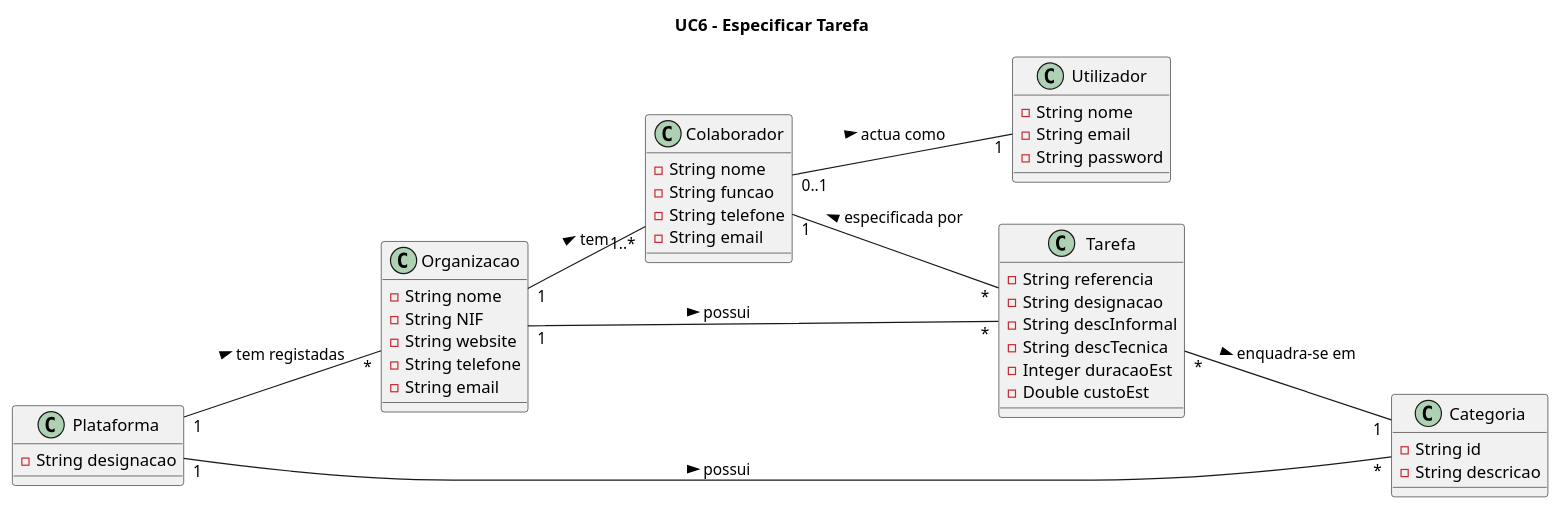
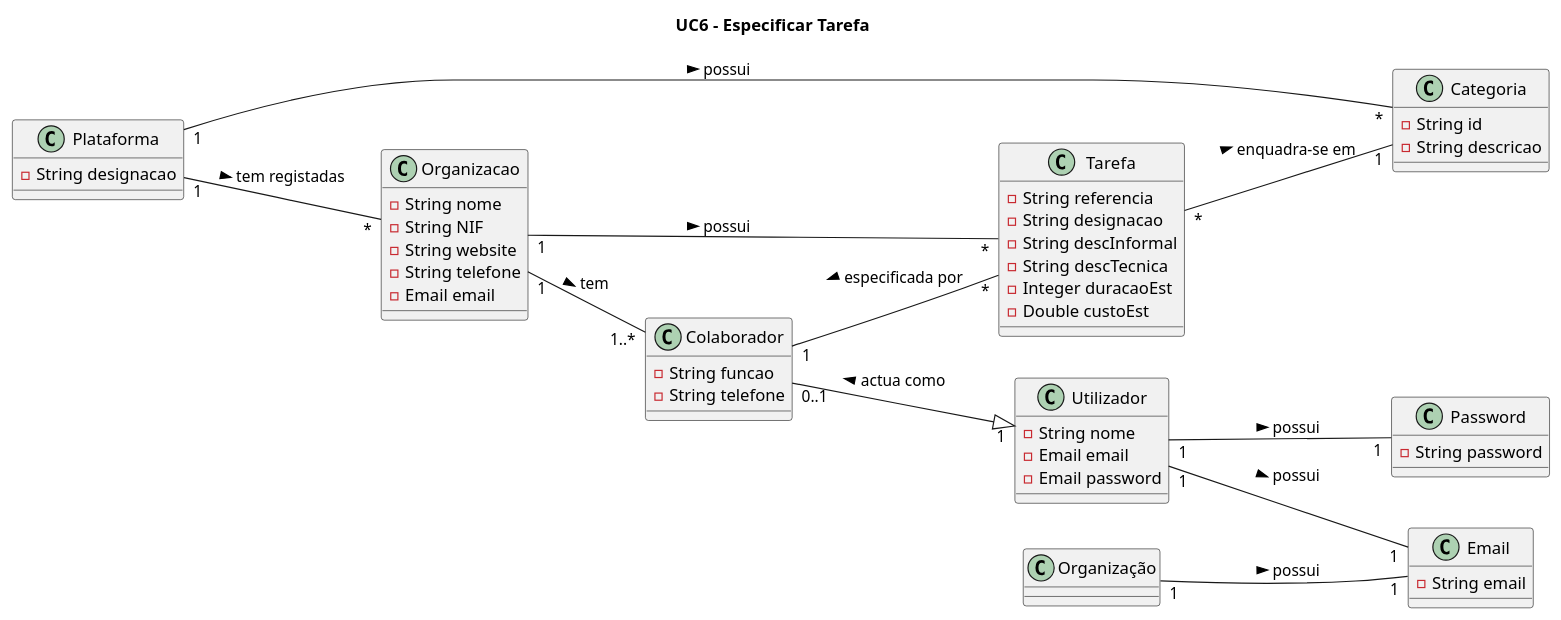
One commit to blestonbandeiraUPSKILL/upskill_java1_labprg_grupo2 changed the diagram in Sprint 2/UC06_Especificar_Tarefa/UC06_Especificar_Tarefa_Modelo_Dominio.puml. Above: the diagram before and after it, drawn with PlantUML. The commit also changed 11 other files, not shown here.

```diff
--- a/Sprint 2/UC06_Especificar_Tarefa/UC06_Especificar_Tarefa_Modelo_Dominio.puml
+++ b/Sprint 2/UC06_Especificar_Tarefa/UC06_Especificar_Tarefa_Modelo_Dominio.puml
@@ -1,54 +1,63 @@
 @startuml
 
 title UC6 - Especificar Tarefa
 left to right direction
 
 class Plataforma {
     -String designacao
 }
 
 class Organizacao {
     -String nome
     -String NIF
     -String website
     -String telefone
-    -String email
+    -Email email
 }
 
 class Colaborador {
-    -String nome
     -String funcao
     -String telefone
-    -String email
 }
 
 class Tarefa {
     -String referencia
     -String designacao
     -String descInformal
     -String descTecnica
     -Integer duracaoEst
     -Double custoEst
 }
 
 class Utilizador {
     -String nome
+    -Email email
+    -Email password
+}
+
+class Email {
     -String email
+}
+
+class Password {
     -String password
 }
 
 class Categoria {
     -String id
     -String descricao
 }
 
 Plataforma"1" -- "*"Organizacao: tem registadas >
 Organizacao"1" -- "1..*"Colaborador: tem >
 Colaborador"1" -- "*"Tarefa: especificada por <
 Organizacao"1" -- "*"Tarefa: possui >
 Tarefa"*" -- "1"Categoria: enquadra-se em >
 Plataforma"1" -- "*"Categoria: possui >
-Colaborador"0..1" -- "1"Utilizador: actua como >
+Colaborador"0..1" --|> "1"Utilizador: actua como <
+Utilizador "1" -- "1"Email: possui >
+Utilizador "1" -- "1"Password: possui >
+Organização "1" -- "1"Email: possui >
 
 
 @enduml
```
